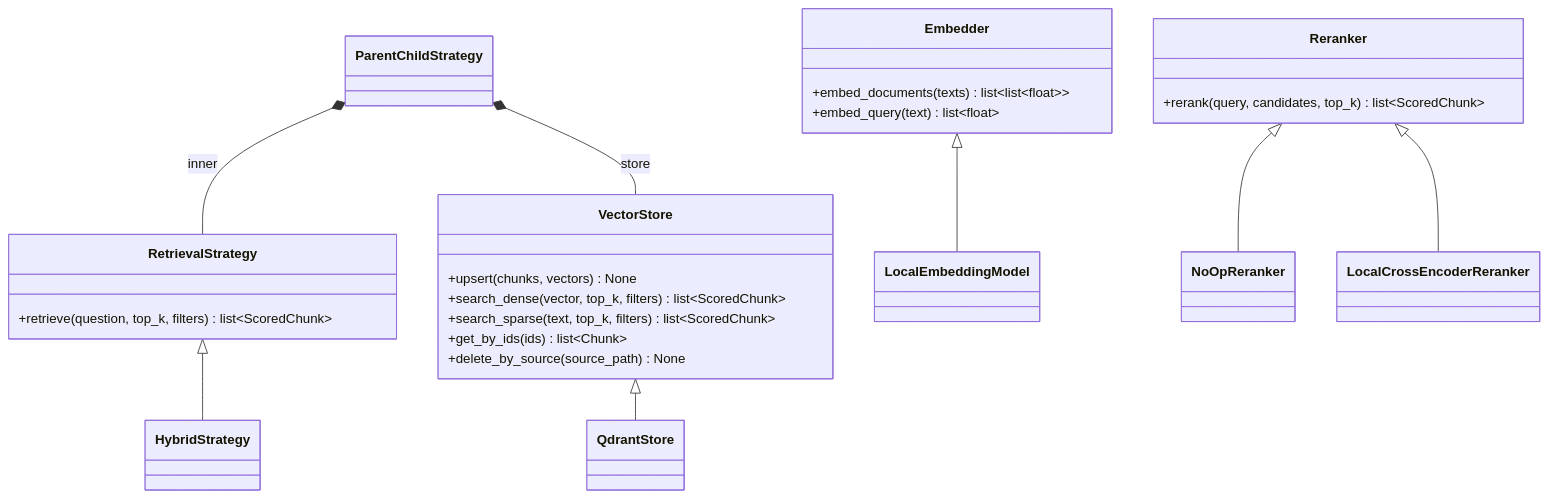
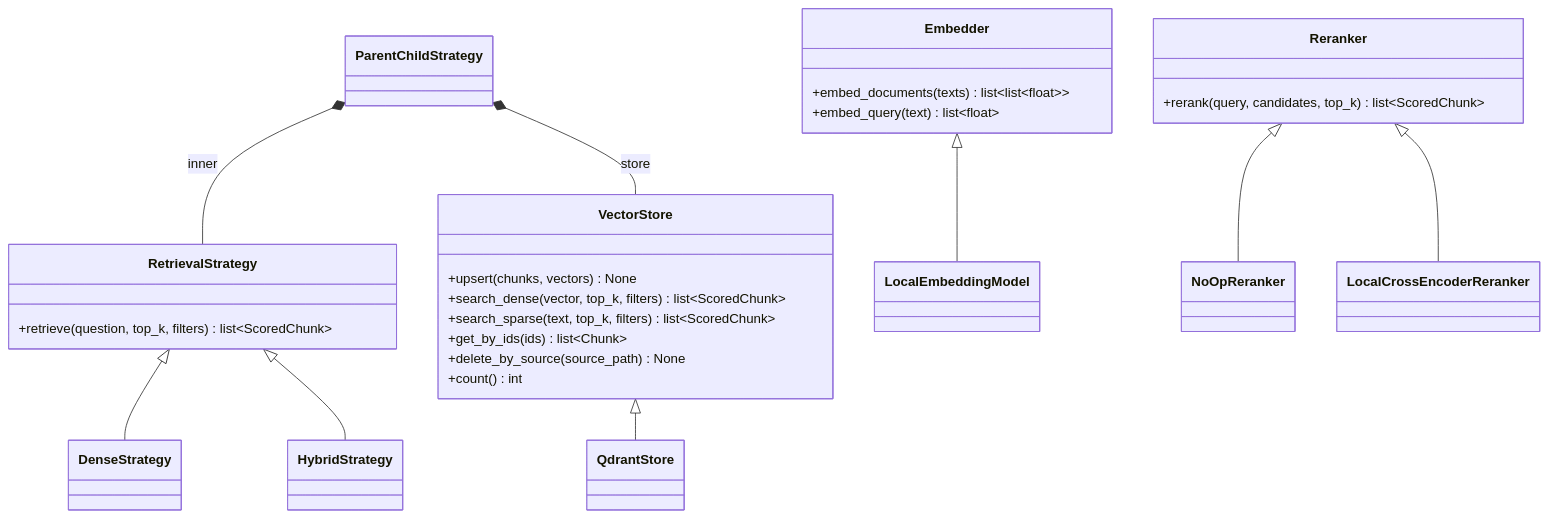
One commit to biplovbhandari/earthrise-book-assistant changed the fourth of 6 diagrams in system-design/architecture_contracts.md. Above: the diagram before and after it, drawn with Mermaid. The commit also changed other lines of this file and 1 other file, not shown here.

Commit message:
Docs: sync architecture docs with dense retrieval implementation

````diff
--- a/system-design/architecture_contracts.md
+++ b/system-design/architecture_contracts.md
@@ -123,32 +133,34 @@
 ```mermaid
 classDiagram
   class VectorStore {
     +upsert(chunks, vectors) None
     +search_dense(vector, top_k, filters) list~ScoredChunk~
     +search_sparse(text, top_k, filters) list~ScoredChunk~
     +get_by_ids(ids) list~Chunk~
     +delete_by_source(source_path) None
+    +count() int
   }
 
   class Embedder {
     +embed_documents(texts) list~list~float~~
     +embed_query(text) list~float~
   }
 
   class Reranker {
     +rerank(query, candidates, top_k) list~ScoredChunk~
   }
 
   class RetrievalStrategy {
     +retrieve(question, top_k, filters) list~ScoredChunk~
   }
 
   VectorStore <|-- QdrantStore
   Embedder <|-- LocalEmbeddingModel
   Reranker <|-- NoOpReranker
   Reranker <|-- LocalCrossEncoderReranker
+  RetrievalStrategy <|-- DenseStrategy
   RetrievalStrategy <|-- HybridStrategy
 
   ParentChildStrategy *-- RetrievalStrategy : inner
   ParentChildStrategy *-- VectorStore : store
 ```
````
